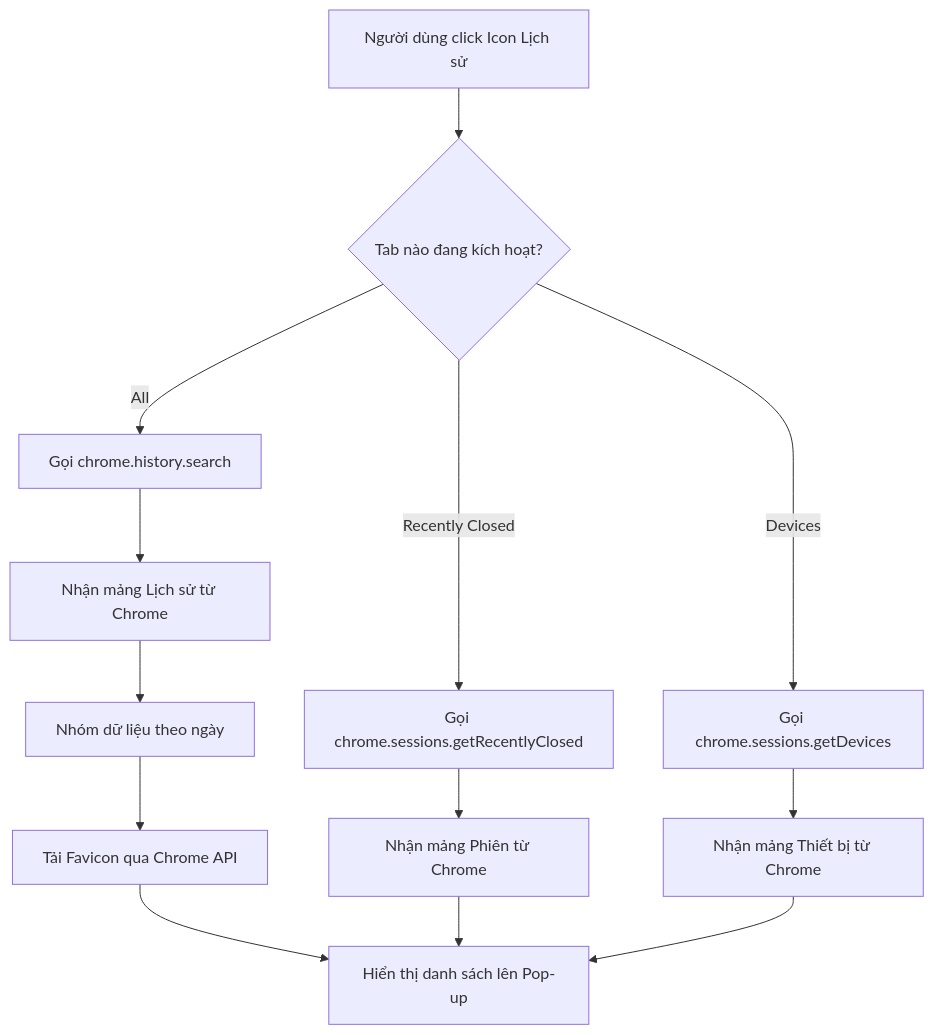
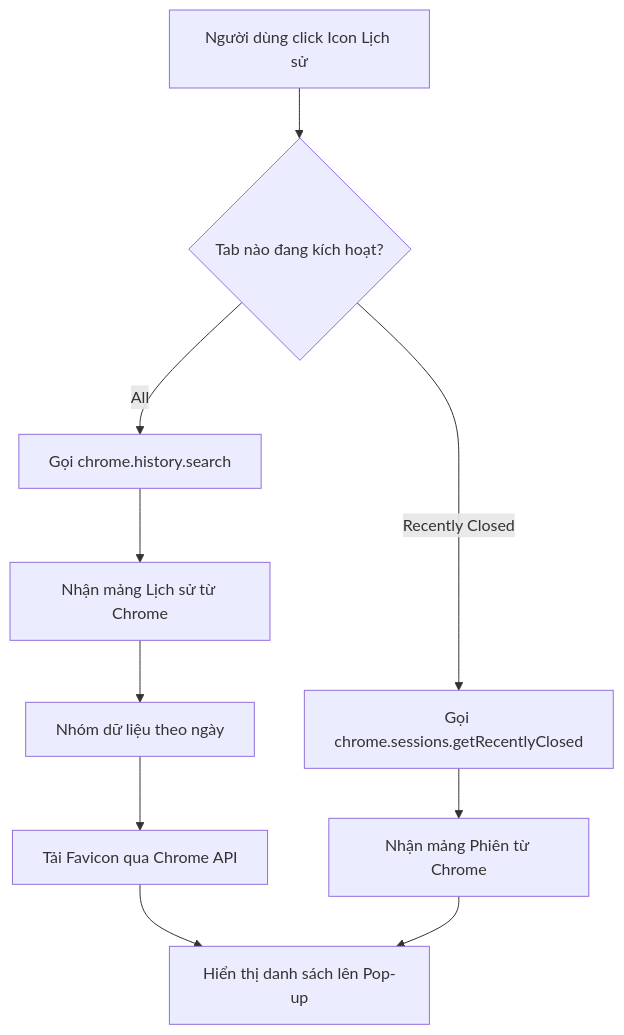
One commit to CodeingOver/CustomeDownLoad-HistoryExtensionForChrome changed the first of 2 diagrams in docs/architecture.md. Above: the diagram before and after it, drawn with Mermaid. The commit also changed other lines of this file and 5 other files, not shown here.

Commit message:
feat: update version to 1.2.28 in manifest files; fix AM/PM display issue in EdgeHistoryPopup; synchronize README and architecture documentation

````diff
--- a/docs/architecture.md
+++ b/docs/architecture.md
@@ -144,18 +143,15 @@
 ```mermaid
 graph TD
     A[Người dùng click Icon Lịch sử] --> B{Tab nào đang kích hoạt?}
     B -->|All| C[Gọi chrome.history.search]
     B -->|Recently Closed| D[Gọi chrome.sessions.getRecentlyClosed]
-    B -->|Devices| E[Gọi chrome.sessions.getDevices]
     
     C --> F[Nhận mảng Lịch sử từ Chrome]
     D --> G[Nhận mảng Phiên từ Chrome]
-    E --> H[Nhận mảng Thiết bị từ Chrome]
     
     F --> I[Nhóm dữ liệu theo ngày]
     I --> J[Tải Favicon qua Chrome API]
     J --> K[Hiển thị danh sách lên Pop-up]
     
     G --> K
-    H --> K
 ```
````
